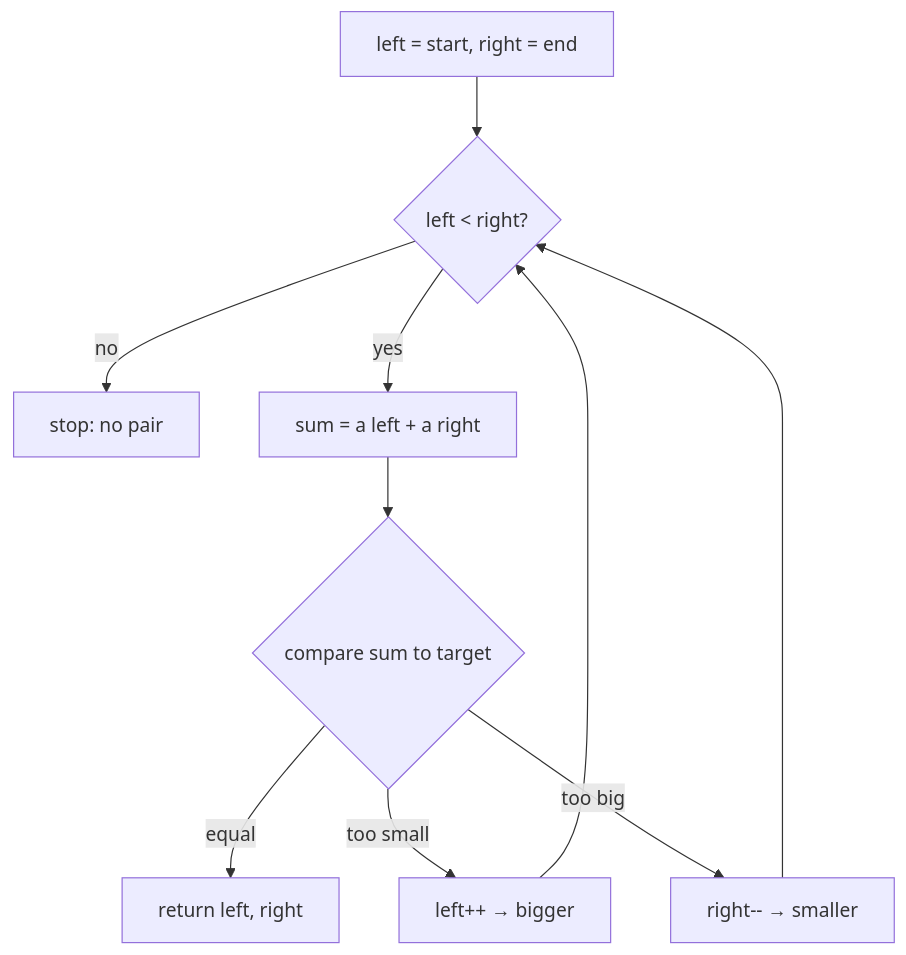
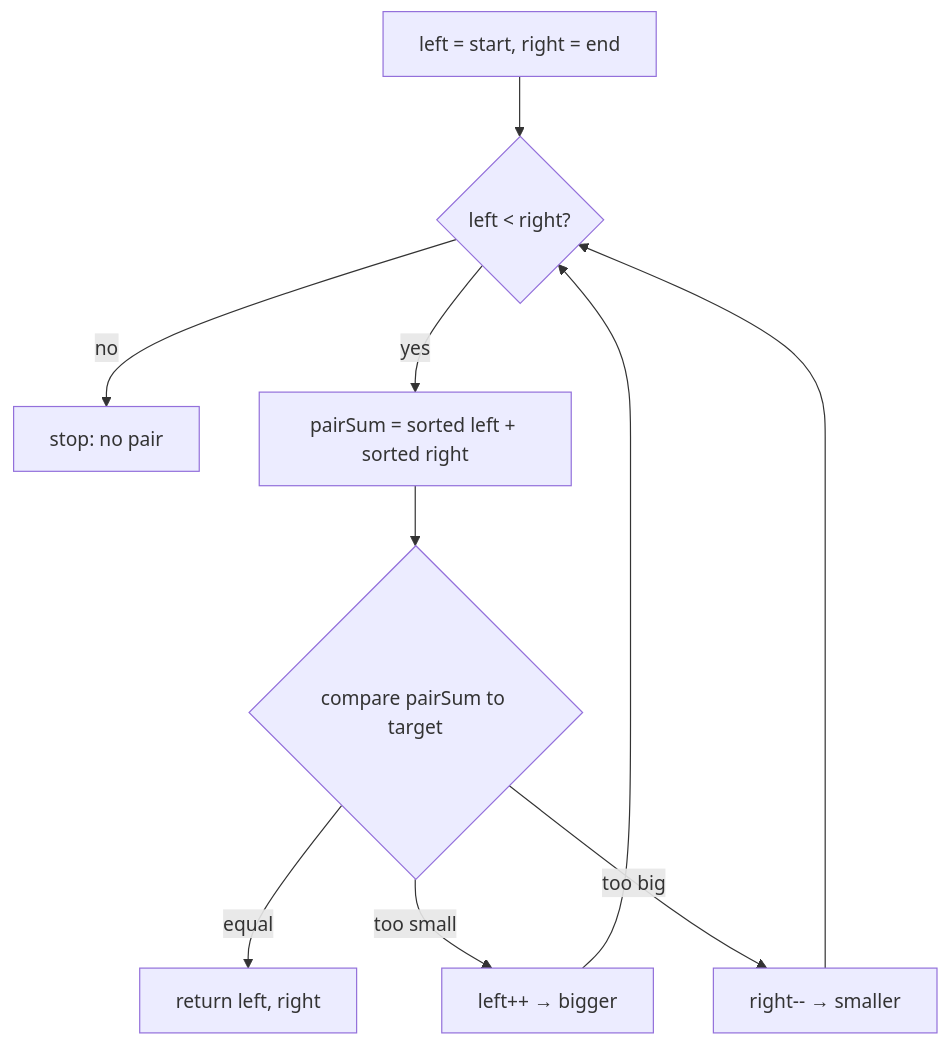
Before and after one commit to Albertobar94/ts-algorithms: the diagram in techniques/two-pointers/opposite-ends/README.md, drawn with Mermaid. The commit also changed other lines of this file and 43 other files, not shown here.

````diff
--- a/techniques/two-pointers/opposite-ends/README.md
+++ b/techniques/two-pointers/opposite-ends/README.md
@@ -69,12 +73,12 @@
 ```mermaid
 flowchart TD
     A[left = start, right = end] --> B{left < right?}
     B -- no --> F[stop: no pair]
-    B -- yes --> C[sum = a left + a right]
-    C --> D{compare sum to target}
+    B -- yes --> C[pairSum = sorted left + sorted right]
+    C --> D{compare pairSum to target}
     D -- equal --> E[return left, right]
     D -- too small --> G[left++  → bigger]
     D -- too big --> H[right--  → smaller]
     G --> B
     H --> B
 ```
````
